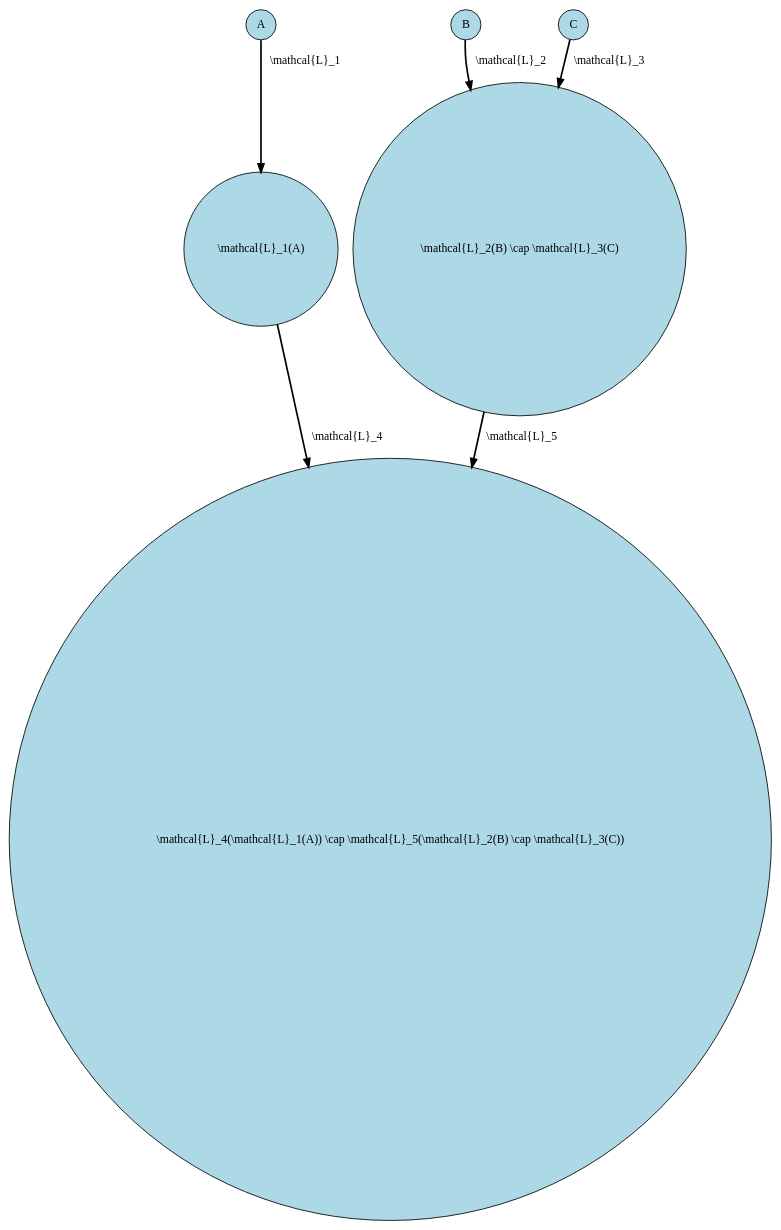
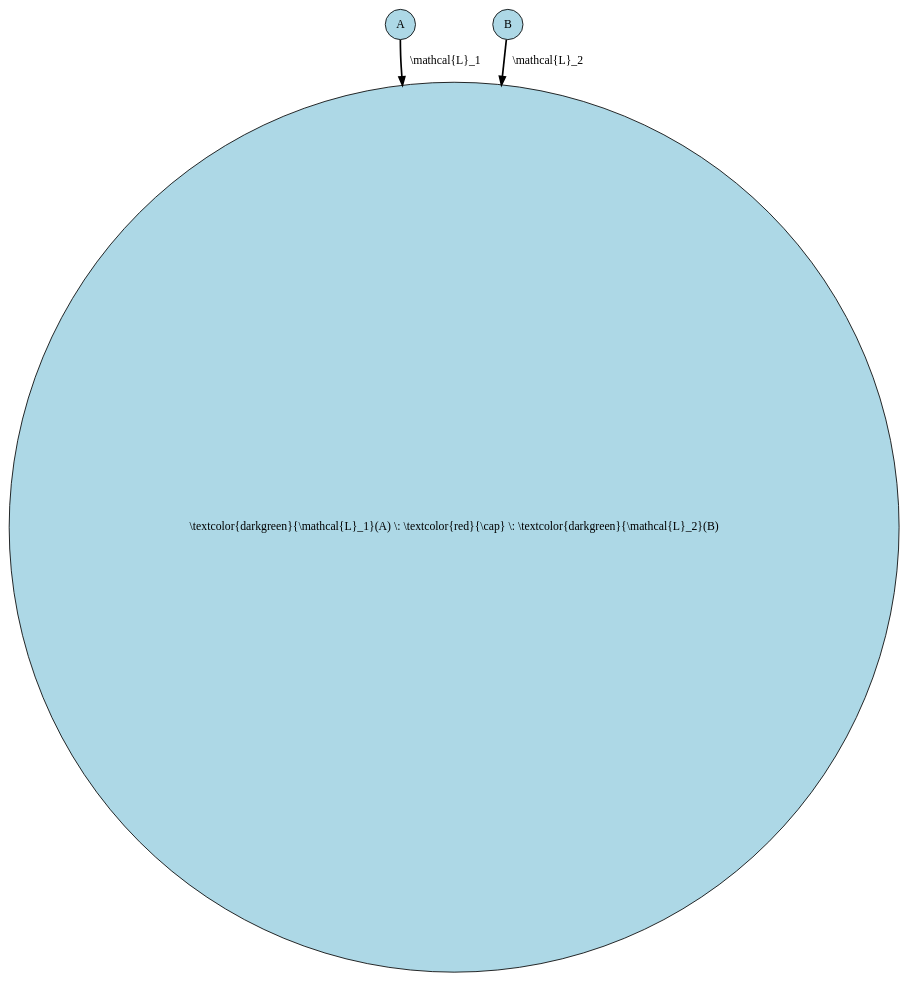
The diagram in diagrams/algebraic-perspective.dot (jirkamarsik/master-thesis), drawn with Graphviz before and after one commit. The commit also changed 13 other files, not shown here.

```diff
--- a/diagrams/algebraic-perspective.dot
+++ b/diagrams/algebraic-perspective.dot
@@ -1,15 +1,9 @@
 strict digraph "algebraic-perspective" {
+  d2tdocpreamble="\definecolor{darkgreen}{rgb}{0., 0.6, 0.}"
   node [shape="circle",style="filled",fillcolor="lightblue"];
   edge [style="bold"];
-  ordering="in";
 
-  "A'" [label="\\mathcal{L}_1(A)"];
-  "B int C" [label="\\mathcal{L}_2(B) \\cap \\mathcal{L}_3(C)"];
-  "A int B int C" [label="\\mathcal{L}_4(\\mathcal{L}_1(A)) \\cap \\mathcal{L}_5(\\mathcal{L}_2(B) \\cap \\mathcal{L}_3(C))"];
-
-  "A" -> "A'" [label="\\mathcal{L}_1"];
-  "B" -> "B int C" [label="\\mathcal{L}_2"];
-  "C" -> "B int C" [label="\\mathcal{L}_3"];
-  "A'" -> "A int B int C" [label="\\mathcal{L}_4"];
-  "B int C" -> "A int B int C" [label="\\mathcal{L}_5"];
+  "A" -> "A int B" [label="\\mathcal{L}_1"];
+  "B" -> "A int B" [label="\\mathcal{L}_2"];
+  "A int B" [label="\\textcolor{darkgreen}{\\mathcal{L}_1}(A) \\: \\textcolor{red}{\\cap} \\: \\textcolor{darkgreen}{\\mathcal{L}_2}(B)"];
 }
```
